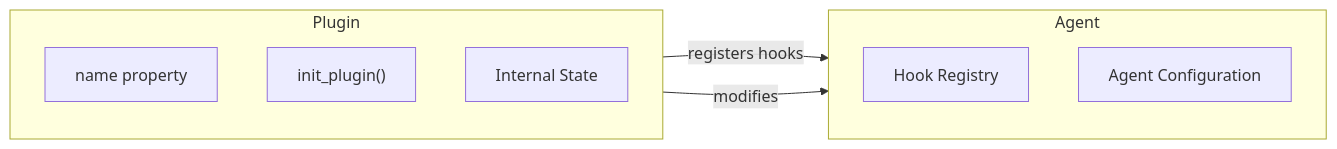
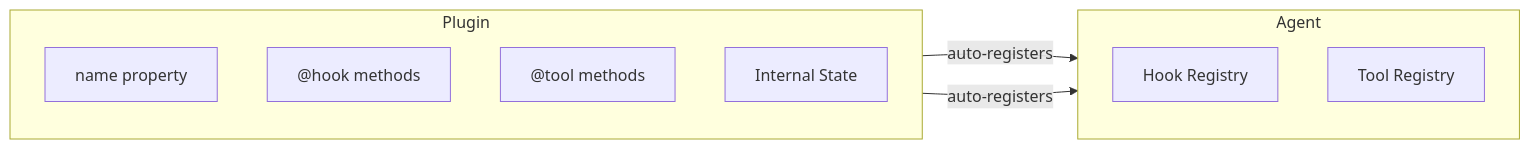
Before and after one commit to strands-agents/docs: the diagram in docs/user-guide/concepts/plugins/index.md, drawn with Mermaid. The commit also changed other lines of this file, not shown here.

First line of the commit message:
docs: add @hook decorator and auto-discovery documentation

````diff
--- a/docs/user-guide/concepts/plugins/index.md
+++ b/docs/user-guide/concepts/plugins/index.md
@@ -14,18 +15,19 @@
 ```mermaid
 flowchart LR
     subgraph Plugin["Plugin"]
         direction TB
         Name["name property"]
-        Init["init_plugin()"]
+        Hooks["@hook methods"]
+        Tools["@tool methods"]
         State["Internal State"]
     end
-    
+
     subgraph Agent["Agent"]
         direction TB
-        Hooks["Hook Registry"]
-        Config["Agent Configuration"]
+        HookRegistry["Hook Registry"]
+        ToolRegistry["Tool Registry"]
     end
-    
-    Plugin -->|"registers hooks"| Hooks
-    Plugin -->|"modifies"| Config
+
+    Plugin -->|"auto-registers"| HookRegistry
+    Plugin -->|"auto-registers"| ToolRegistry
 ```
````
